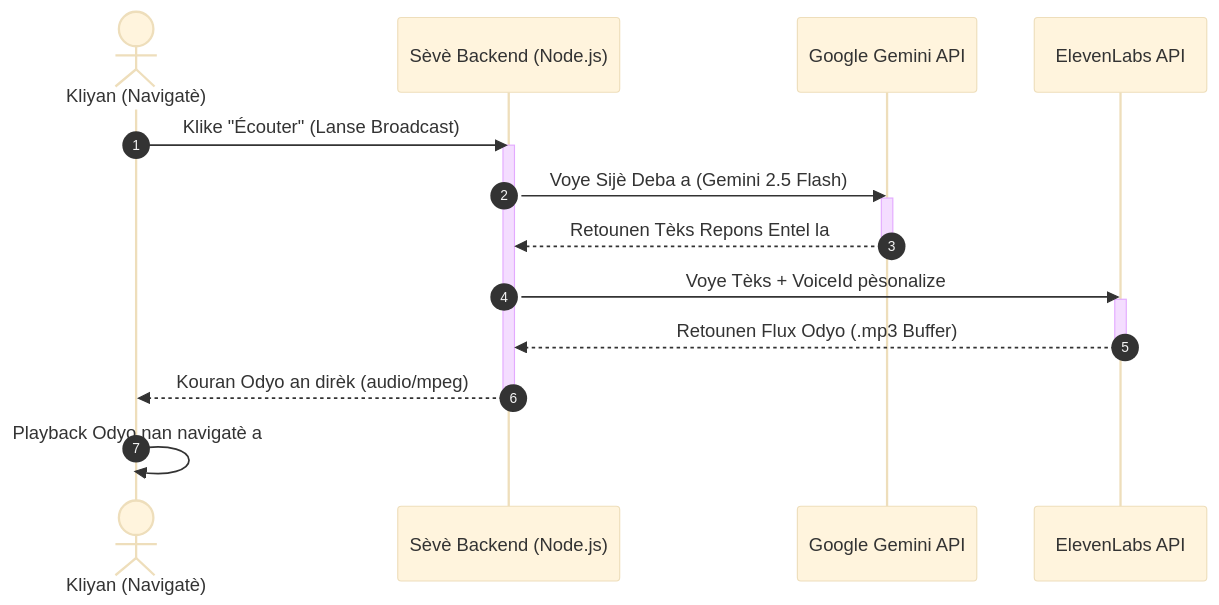
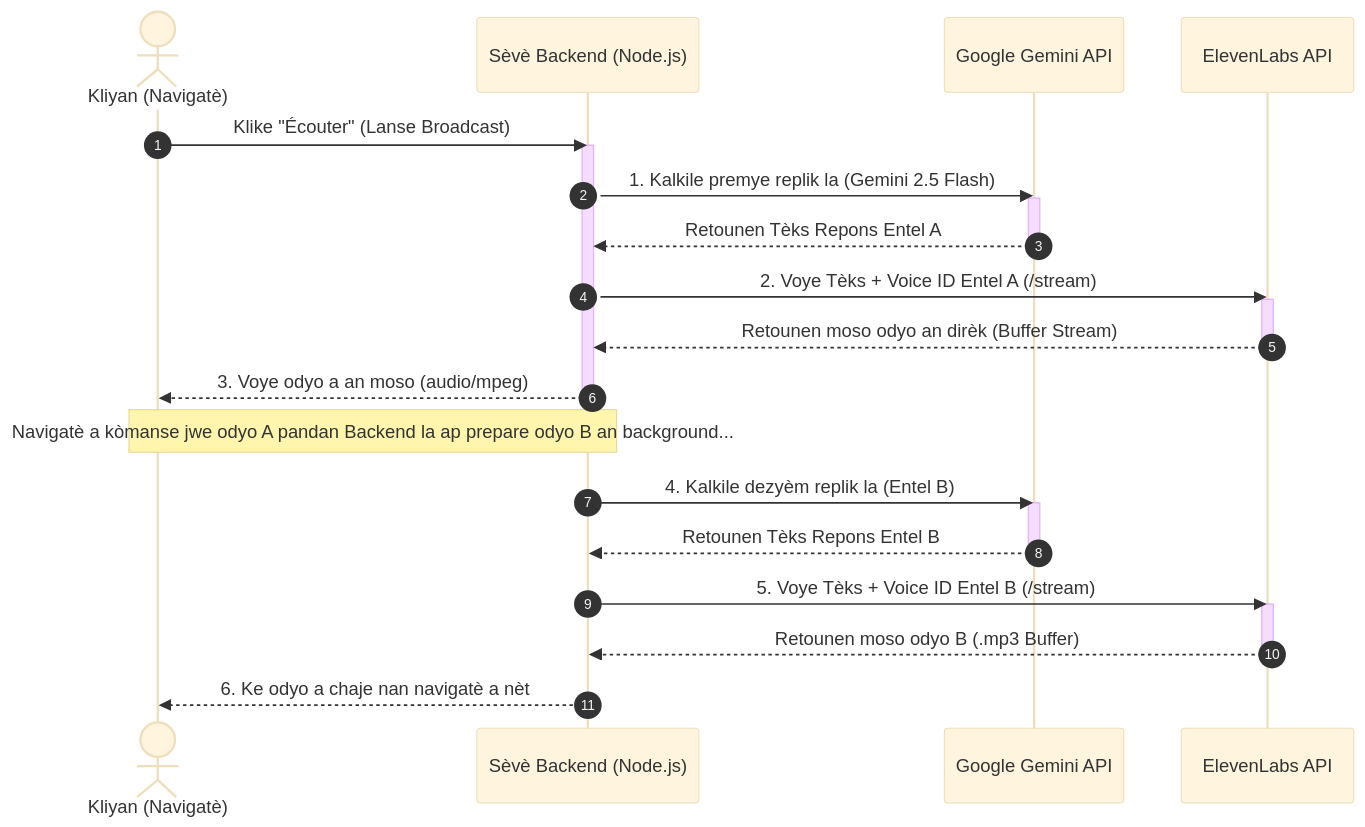
One commit to toogee/Veltrix changed the diagram in veltrix_broadcast_plan.md. Above: the diagram before and after it, drawn with Mermaid (base theme). The commit also changed other lines of this file, not shown here.

Commit message:
docs: upgrade Veltrix Broadcast to PRO Audio Strategy with Web Audio API sync

````diff
--- a/veltrix_broadcast_plan.md
+++ b/veltrix_broadcast_plan.md
@@ -11,22 +27,33 @@
 ```mermaid
 sequenceDiagram
     autonumber
     actor User as Kliyan (Navigatè)
     participant Server as Sèvè Backend (Node.js)
     participant Gemini as Google Gemini API
     participant ElevenLabs as ElevenLabs API
 
     User->>Server: Klike "Écouter" (Lanse Broadcast)
     activate Server
-    Server->>Gemini: Voye Sijè Deba a (Gemini 2.5 Flash)
+    Server->>Gemini: 1. Kalkile premye replik la (Gemini 2.5 Flash)
     activate Gemini
-    Gemini-->>Server: Retounen Tèks Repons Entel la
+    Gemini-->>Server: Retounen Tèks Repons Entel A
     deactivate Gemini
-    Server->>ElevenLabs: Voye Tèks + VoiceId pèsonalize
+    Server->>ElevenLabs: 2. Voye Tèks + Voice ID Entel A (/stream)
     activate ElevenLabs
-    ElevenLabs-->>Server: Retounen Flux Odyo (.mp3 Buffer)
+    ElevenLabs-->>Server: Retounen moso odyo an dirèk (Buffer Stream)
     deactivate ElevenLabs
-    Server-->>User: Kouran Odyo an dirèk (audio/mpeg)
+    Server-->>User: 3. Voye odyo a an moso (audio/mpeg)
     deactivate Server
-    User->>User: Playback Odyo nan navigatè a
+    
+    Note over User, Server: Navigatè a kòmanse jwe odyo A pandan Backend la ap prepare odyo B an background...
+    
+    Server->>Gemini: 4. Kalkile dezyèm replik la (Entel B)
+    activate Gemini
+    Gemini-->>Server: Retounen Tèks Repons Entel B
+    deactivate Gemini
+    Server->>ElevenLabs: 5. Voye Tèks + Voice ID Entel B (/stream)
+    activate ElevenLabs
+    ElevenLabs-->>Server: Retounen moso odyo B (.mp3 Buffer)
+    deactivate ElevenLabs
+    Server-->>User: 6. Ke odyo a chaje nan navigatè a nèt
 ```
````
